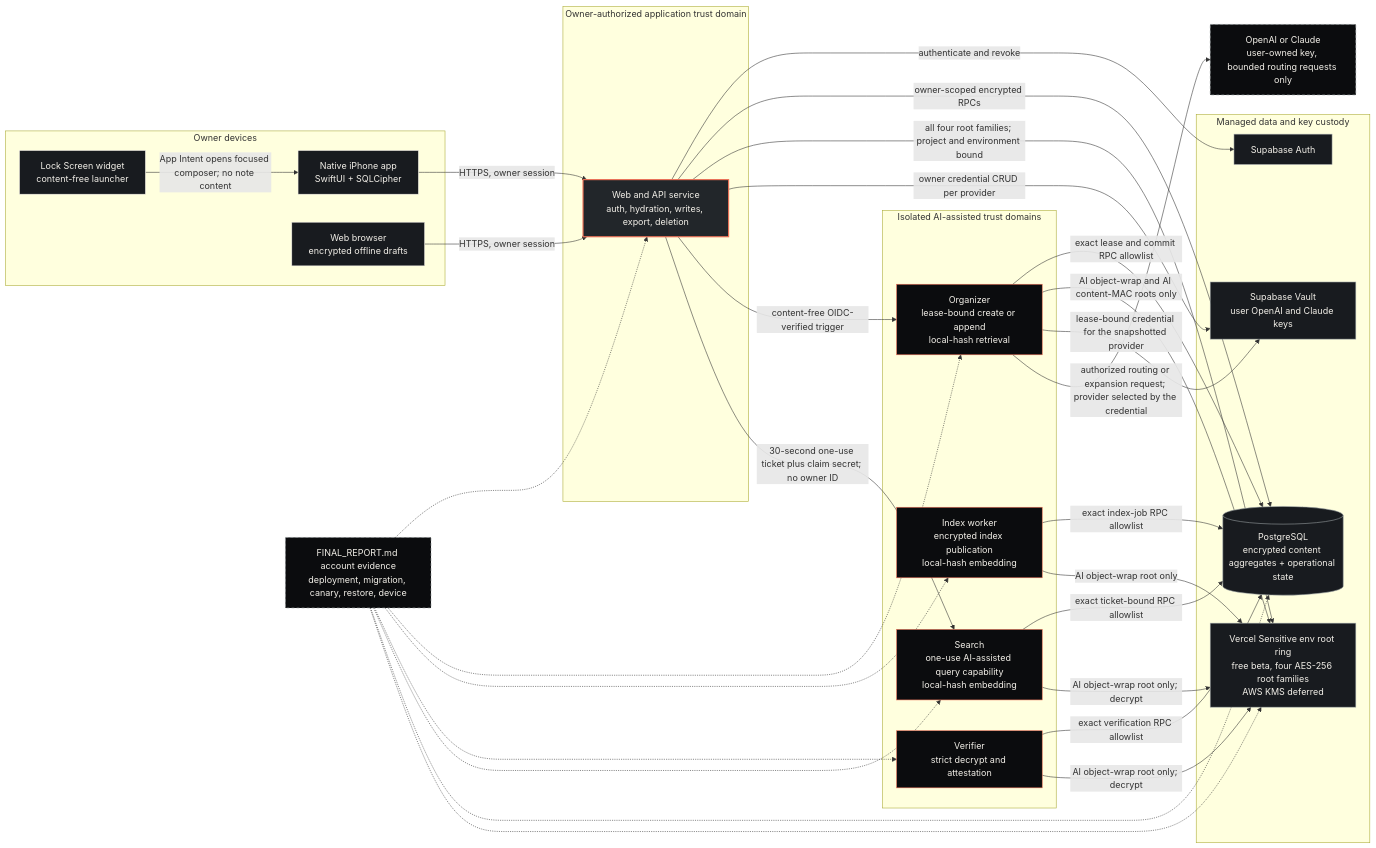
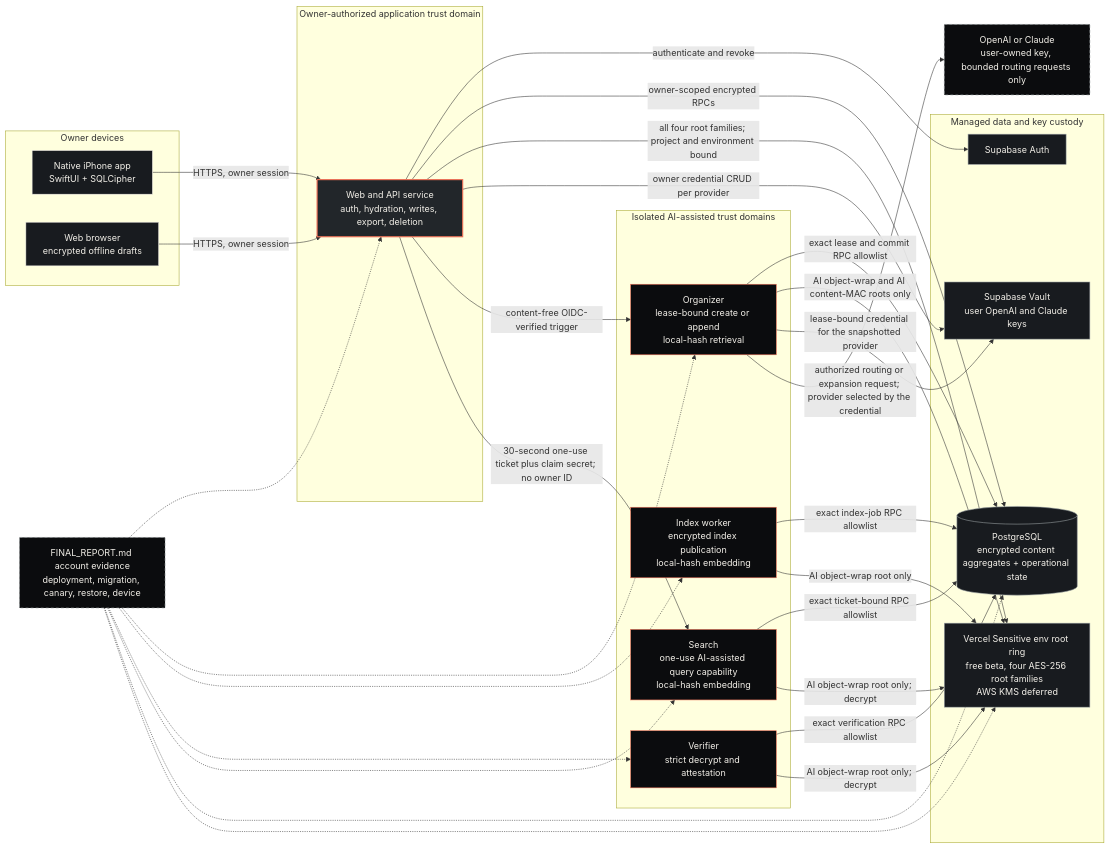
Before and after one commit to Zachshotamartin/unfiled: the diagram in docs/ARCHITECTURE.md, drawn with Mermaid. The commit also changed other lines of this file and 39 other files, not shown here.

First line of the commit message:
feat: remove the Lock Screen widget

````diff
--- a/docs/ARCHITECTURE.md
+++ b/docs/ARCHITECTURE.md
@@ -22,72 +22,70 @@
 ```mermaid
 flowchart LR
   subgraph Owner[Owner devices]
-    Widget[Lock Screen widget<br/>content-free launcher]
     IOS[Native iPhone app<br/>SwiftUI + SQLCipher]
     Browser[Web browser<br/>encrypted offline drafts]
   end
 
   subgraph Interactive[Owner-authorized application trust domain]
     Web[Web and API service<br/>auth, hydration, writes, export, deletion]
   end
 
   subgraph Data[Managed data and key custody]
     Auth[Supabase Auth]
     DB[(PostgreSQL<br/>encrypted content aggregates + operational state)]
     Vault[Supabase Vault<br/>user OpenAI and Claude keys]
     Roots[Vercel Sensitive env root ring<br/>free beta, four AES-256 root families<br/>AWS KMS deferred]
   end
 
   subgraph Isolated[Isolated AI-assisted trust domains]
     Organizer[Organizer<br/>lease-bound create or append<br/>local-hash retrieval]
     Worker[Index worker<br/>encrypted index publication<br/>local-hash embedding]
     Verifier[Verifier<br/>strict decrypt and attestation]
     Search[Search<br/>one-use AI-assisted query capability<br/>local-hash embedding]
   end
 
   Provider[OpenAI or Claude<br/>user-owned key, bounded routing requests only]
   Proof[FINAL_REPORT.md account evidence<br/>deployment, migration, canary, restore, device]
 
-  Widget -->|App Intent opens focused composer; no note content| IOS
   IOS -->|HTTPS, owner session| Web
   Browser -->|HTTPS, owner session| Web
   Web -->|authenticate and revoke| Auth
   Web -->|owner-scoped encrypted RPCs| DB
   Web -->|all four root families; project and environment bound| Roots
   Web -->|owner credential CRUD per provider| Vault
 
   Web -->|content-free OIDC-verified trigger| Organizer
   Organizer -->|exact lease and commit RPC allowlist| DB
   Organizer -->|AI object-wrap and AI content-MAC roots only| Roots
   Organizer -->|lease-bound credential for the snapshotted provider| Vault
   Organizer -->|authorized routing or expansion request; provider selected by the credential| Provider
 
   Worker -->|exact index-job RPC allowlist| DB
   Worker -->|AI object-wrap root only| Roots
 
   Verifier -->|exact verification RPC allowlist| DB
   Verifier -->|AI object-wrap root only; decrypt| Roots
 
   Web -->|30-second one-use ticket plus claim secret; no owner ID| Search
   Search -->|exact ticket-bound RPC allowlist| DB
   Search -->|AI object-wrap root only; decrypt| Roots
 
   Proof -.-> Web
   Proof -.-> Organizer
   Proof -.-> Worker
   Proof -.-> Verifier
   Proof -.-> Search
   Proof -.-> DB
   Proof -.-> Roots
 
   classDef owner fill:#181b1f,stroke:#f2efe8,color:#f2efe8,stroke-width:1px;
   classDef app fill:#22262a,stroke:#ee6f55,color:#f2efe8,stroke-width:2px;
   classDef data fill:#181b1f,stroke:#9da3a6,color:#f2efe8,stroke-width:1px;
   classDef isolated fill:#0b0c0e,stroke:#ee6f55,color:#f2efe8,stroke-width:1px;
   classDef external fill:#0b0c0e,stroke:#9da3a6,color:#f2efe8,stroke-width:1px,stroke-dasharray:5 4;
-  class Widget,IOS,Browser owner;
+  class IOS,Browser owner;
   class Web app;
   class Auth,DB,Vault,Roots data;
   class Organizer,Worker,Verifier,Search isolated;
   class Provider,Proof external;
 ```
````
